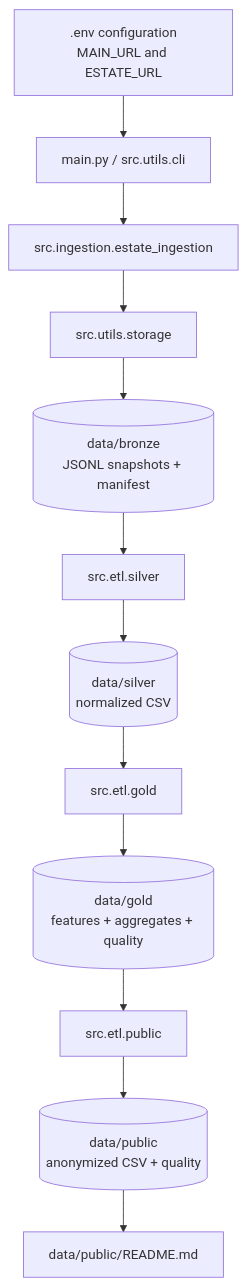
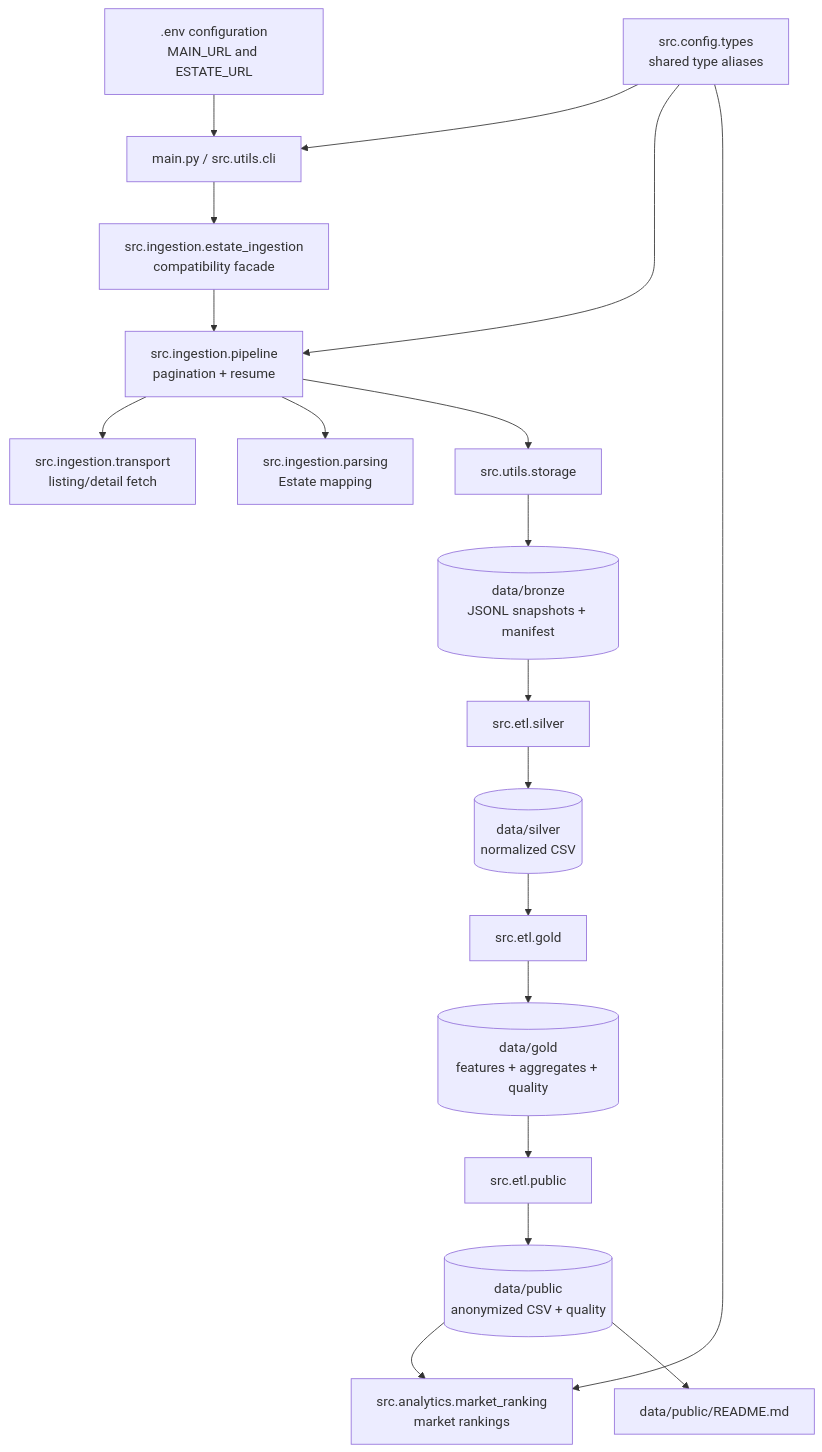
The diagram in docs/data-pipeline.md (bi3lu/polish-real-estate-price-aggregates), drawn with Mermaid before and after one commit. The commit also changed other lines of this file and 27 other files, not shown here.

````diff
--- a/docs/data-pipeline.md
+++ b/docs/data-pipeline.md
@@ -3,27 +3,39 @@
 ```mermaid
 flowchart TD
     env[.env configuration<br/>MAIN_URL and ESTATE_URL]
+    config_types[src.config.types<br/>shared type aliases]
     cli[main.py / src.utils.cli]
-    ingestion[src.ingestion.estate_ingestion]
+    ingestion[src.ingestion.estate_ingestion<br/>compatibility facade]
+    ingestion_pipeline[src.ingestion.pipeline<br/>pagination + resume]
+    ingestion_transport[src.ingestion.transport<br/>listing/detail fetch]
+    ingestion_parsing[src.ingestion.parsing<br/>Estate mapping]
     bronze_storage[src.utils.storage]
     bronze[(data/bronze<br/>JSONL snapshots + manifest)]
     silver_etl[src.etl.silver]
     silver[(data/silver<br/>normalized CSV)]
     gold_etl[src.etl.gold]
     gold[(data/gold<br/>features + aggregates + quality)]
     public_etl[src.etl.public]
     public[(data/public<br/>anonymized CSV + quality)]
+    market_ranking[src.analytics.market_ranking<br/>market rankings]
     public_readme[data/public/README.md]
 
     env --> cli
+    config_types --> cli
+    config_types --> ingestion_pipeline
+    config_types --> market_ranking
     cli --> ingestion
-    ingestion --> bronze_storage
+    ingestion --> ingestion_pipeline
+    ingestion_pipeline --> ingestion_transport
+    ingestion_pipeline --> ingestion_parsing
+    ingestion_pipeline --> bronze_storage
     bronze_storage --> bronze
     bronze --> silver_etl
     silver_etl --> silver
     silver --> gold_etl
     gold_etl --> gold
     gold --> public_etl
     public_etl --> public
+    public --> market_ranking
     public --> public_readme
 ```
````
